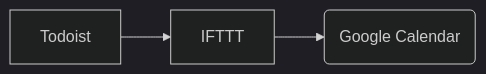
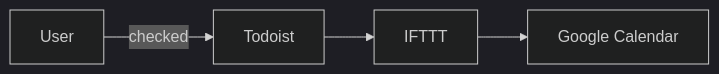
The third of 6 diagrams in source/_posts/personal-automation-in-2017.md (gasolin/blog), drawn with Mermaid (dark theme) before and after one commit. The commit also changed other lines of this file, not shown here.

```diff
--- a/source/_posts/personal-automation-in-2017.md
+++ b/source/_posts/personal-automation-in-2017.md
@@ -47,5 +56,6 @@
 {% mermaid %}
 graph LR
+User -- checked --> Todoist
 Todoist --> IFTTT
-IFTTT --> gcal(Google Calendar)
+IFTTT --> gcal[Google Calendar]
 {% endmermaid %}
```
